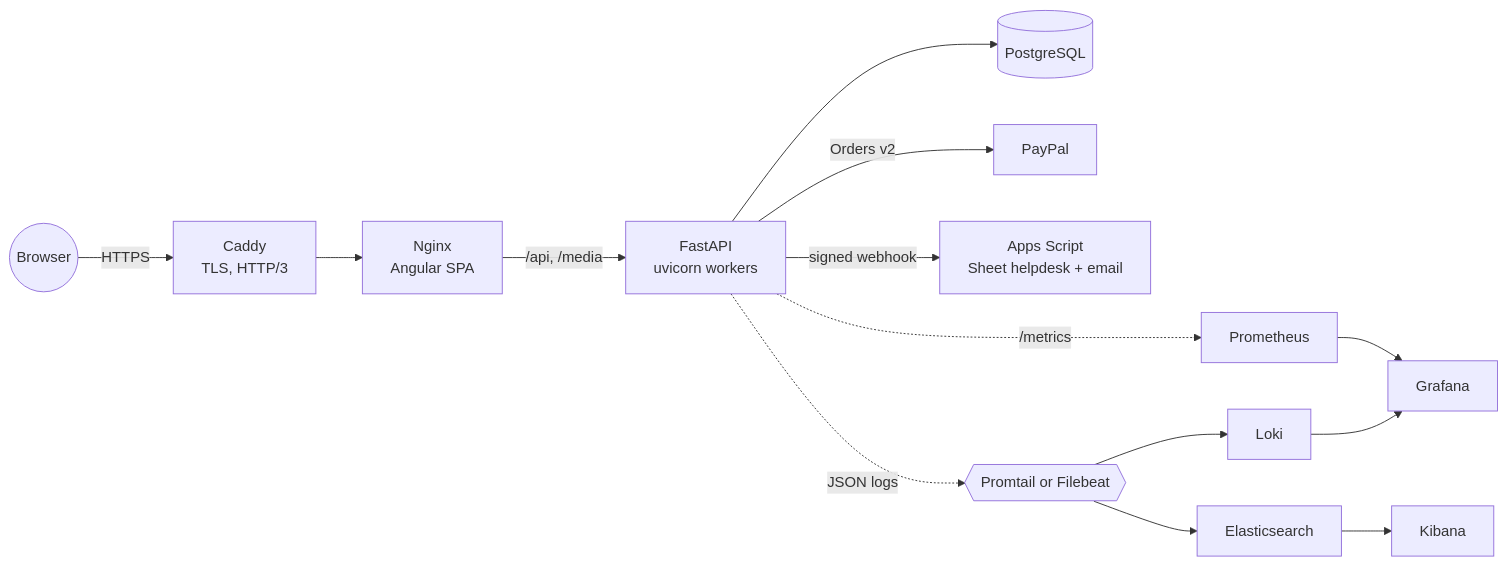
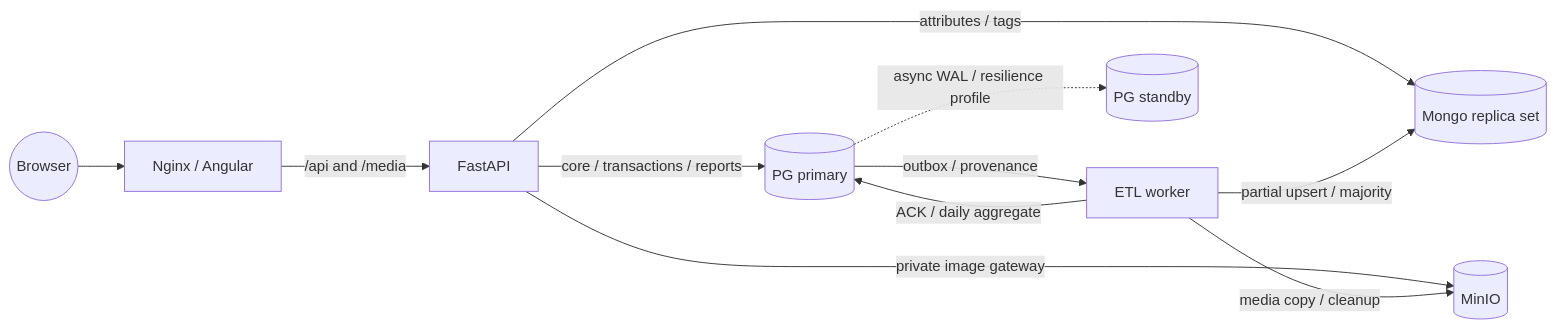
One commit to AlligatorTHPhat/old-shop changed the diagram in README.md. Above: the diagram before and after it, drawn with Mermaid. The commit also changed other lines of this file and 49 other files, not shown here.

````diff
--- a/README.md
+++ b/README.md
@@ -11,13 +13,13 @@
 ```mermaid
 flowchart LR
-  user((Browser)) -->|HTTPS| caddy[Caddy<br/>TLS, HTTP/3]
-  caddy --> web[Nginx<br/>Angular SPA]
-  web -->|/api, /media| api[FastAPI<br/>uvicorn workers]
-  api --> pg[(PostgreSQL)]
-  api -->|Orders v2| paypal[PayPal]
-  api -->|signed webhook| gas[Apps Script<br/>Sheet helpdesk + email]
-  api -.->|/metrics| prom[Prometheus] --> grafana[Grafana]
-  api -.->|JSON logs| ship{{Promtail or Filebeat}}
-  ship --> loki[Loki] --> grafana
-  ship --> es[Elasticsearch] --> kibana[Kibana]
+  user((Browser)) --> web[Nginx / Angular]
+  web -->|/api and /media| api[FastAPI]
+  api -->|core / transactions / reports| pg[(PG primary)]
+  api -->|attributes / tags| mongo[(Mongo replica set)]
+  api -->|private image gateway| minio[(MinIO)]
+  pg -->|outbox / provenance| worker[ETL worker]
+  worker -->|partial upsert / majority| mongo
+  worker -->|ACK / daily aggregate| pg
+  worker -->|media copy / cleanup| minio
+  pg -.->|async WAL / resilience profile| standby[(PG standby)]
 ```
````
